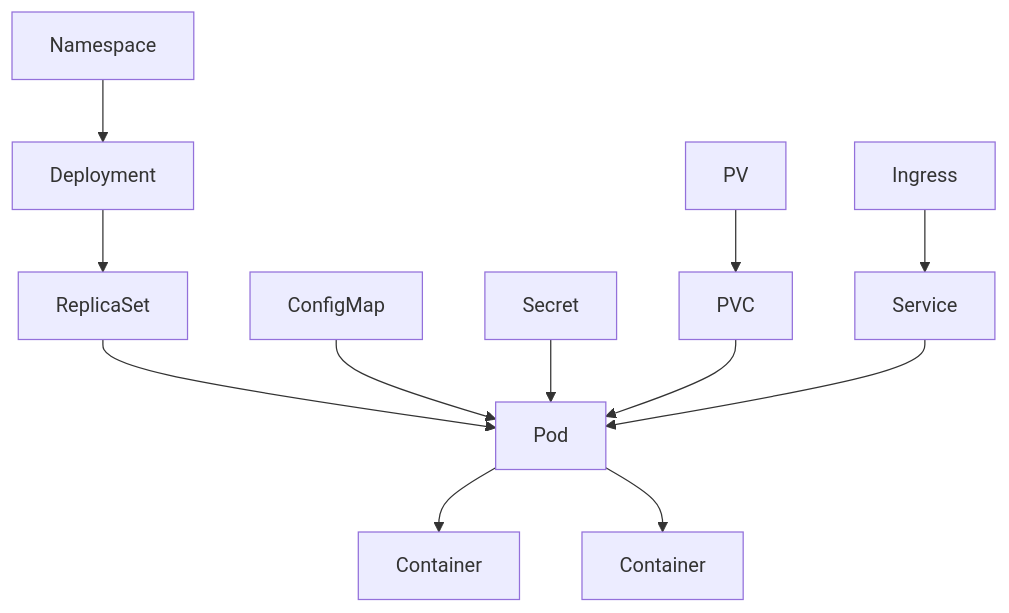
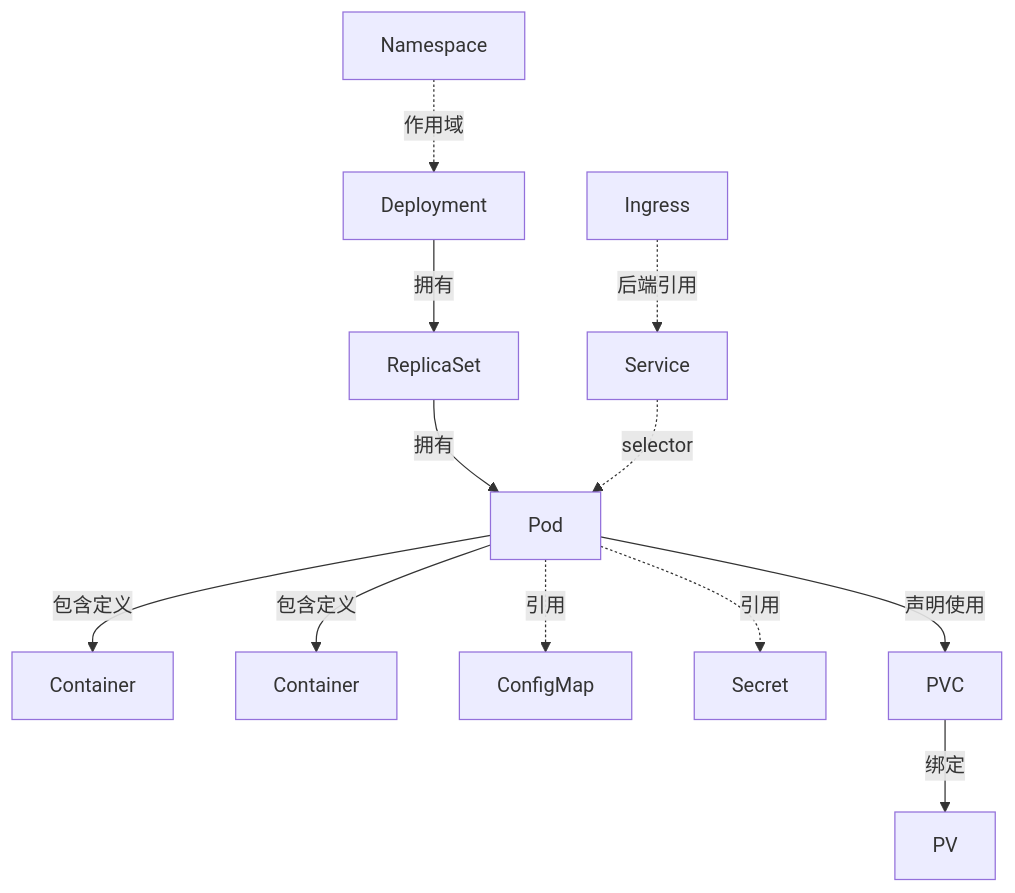
One commit to yleoer/k8s-learn changed the first of 2 diagrams in docs/06-集群架构/6-核心资源与抽象.md. Above: the diagram before and after it, drawn with Mermaid. The commit also changed other lines of this file and 6 other files, not shown here.

````diff
--- a/docs/06-集群架构/6-核心资源与抽象.md
+++ b/docs/06-集群架构/6-核心资源与抽象.md
@@ -21,16 +49,16 @@
 ```mermaid
 flowchart TB
-  ns["Namespace"] --> deploy["Deployment"]
-  deploy --> rs["ReplicaSet"]
-  rs --> pod["Pod"]
-  pod --> c1["Container"]
-  pod --> c2["Container"]
+  ns["Namespace"] -. 作用域 .-> deploy["Deployment"]
+  deploy -->|拥有| rs["ReplicaSet"]
+  rs -->|拥有| pod["Pod"]
+  pod -->|包含定义| c1["Container"]
+  pod -->|包含定义| c2["Container"]
 
-  cm["ConfigMap"] --> pod
-  secret["Secret"] --> pod
-  pvc["PVC"] --> pod
-  pv["PV"] --> pvc
+  pod -. 引用 .-> cm["ConfigMap"]
+  pod -. 引用 .-> secret["Secret"]
+  pod -->|声明使用| pvc["PVC"]
+  pvc -->|绑定| pv["PV"]
 
-  svc["Service"] --> pod
-  ingress["Ingress"] --> svc
+  svc["Service"] -. selector .-> pod
+  ingress["Ingress"] -. 后端引用 .-> svc
 ```
````
